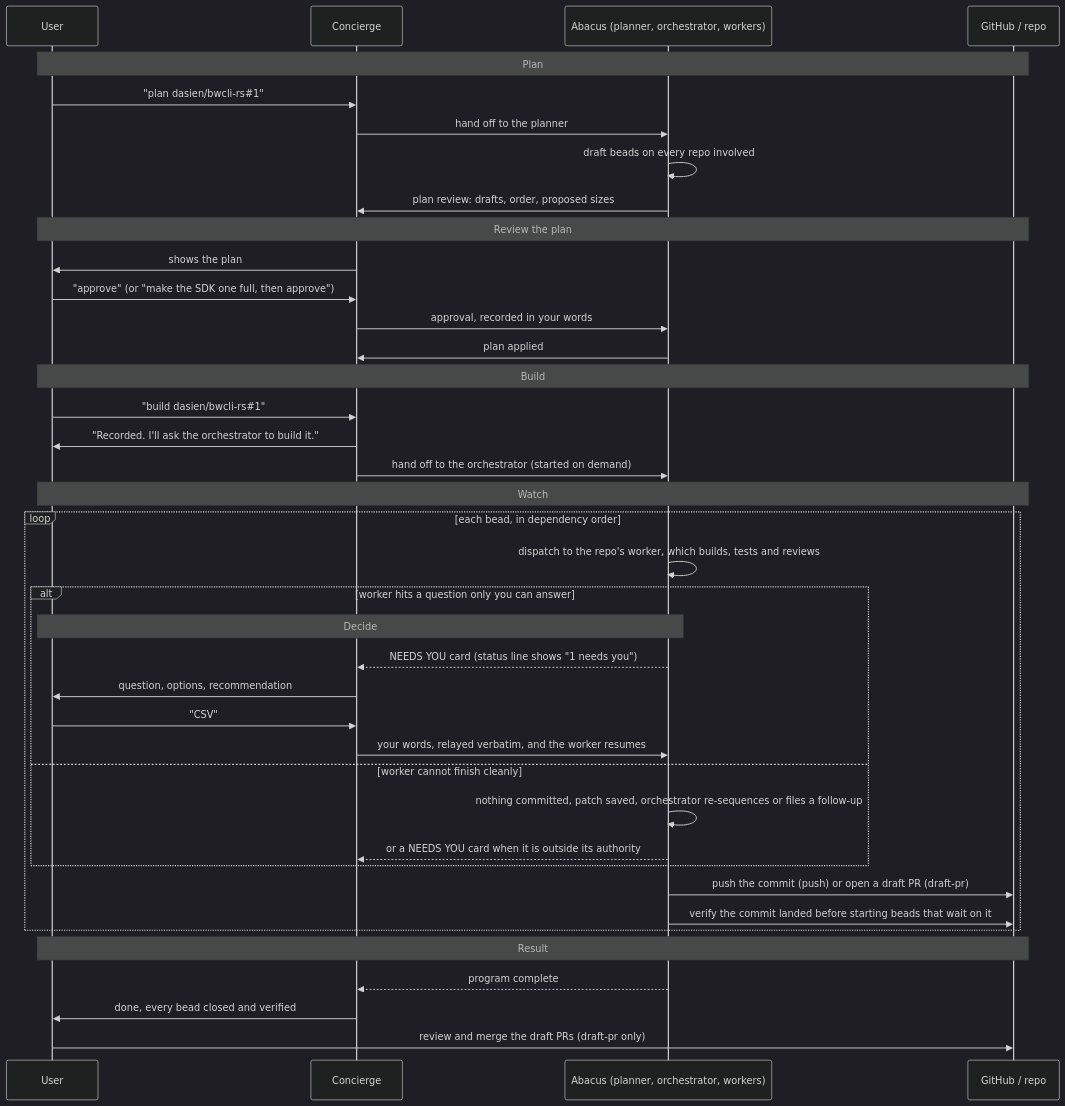
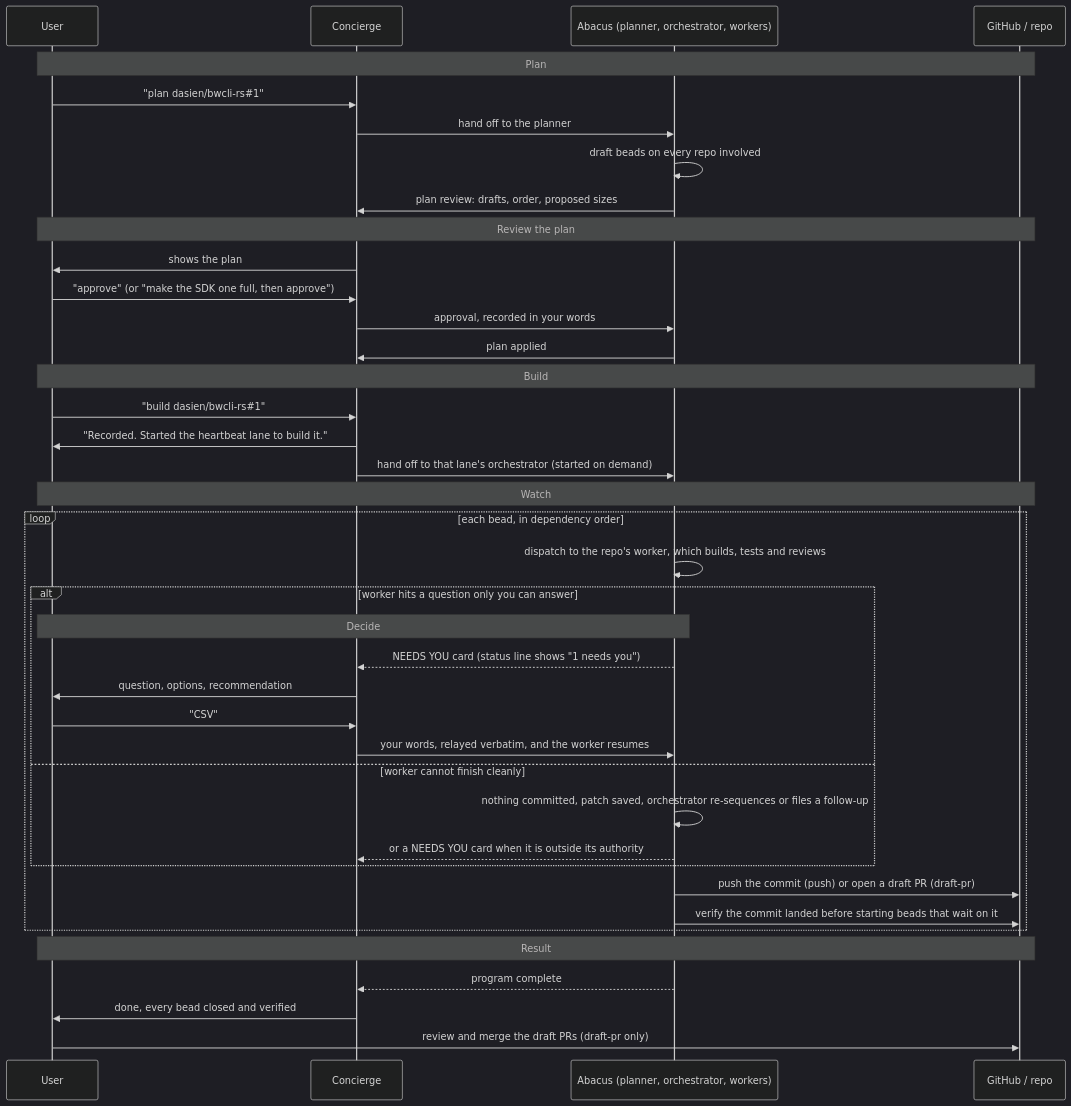
One commit to dasien/abacus changed the second of 2 diagrams in docs/END-TO-END.md. Above: the diagram before and after it, drawn with Mermaid (dark theme). The commit also changed other lines of this file and 1 other file, not shown here.

Commit message:
docs: link the end-to-end guide and draft-PR landing; lanes in the guide

````diff
--- a/docs/END-TO-END.md
+++ b/docs/END-TO-END.md
@@ -32,41 +32,41 @@
 ```mermaid
 sequenceDiagram
     participant U as User
     participant C as Concierge
     participant A as Abacus (planner, orchestrator, workers)
     participant G as GitHub / repo
     Note over U,G: Plan
     U->>C: "plan dasien/bwcli-rs#35;1"
     C->>A: hand off to the planner
     A->>A: draft beads on every repo involved
     A->>C: plan review: drafts, order, proposed sizes
     Note over U,G: Review the plan
     C->>U: shows the plan
     U->>C: "approve" (or "make the SDK one full, then approve")
     C->>A: approval, recorded in your words
     A->>C: plan applied
     Note over U,G: Build
     U->>C: "build dasien/bwcli-rs#35;1"
-    C->>U: "Recorded. I'll ask the orchestrator to build it."
-    C->>A: hand off to the orchestrator (started on demand)
+    C->>U: "Recorded. Started the heartbeat lane to build it."
+    C->>A: hand off to that lane's orchestrator (started on demand)
     Note over U,G: Watch
     loop each bead, in dependency order
         A->>A: dispatch to the repo's worker, which builds, tests and reviews
         alt worker hits a question only you can answer
             Note over U,A: Decide
             A-->>C: NEEDS YOU card (status line shows "1 needs you")
             C->>U: question, options, recommendation
             U->>C: "CSV"
             C->>A: your words, relayed verbatim, and the worker resumes
         else worker cannot finish cleanly
             A->>A: nothing committed, patch saved, orchestrator re-sequences or files a follow-up
             A-->>C: or a NEEDS YOU card when it is outside its authority
         end
         A->>G: push the commit (push) or open a draft PR (draft-pr)
         A->>G: verify the commit landed before starting beads that wait on it
     end
     Note over U,G: Result
     A-->>C: program complete
     C->>U: done, every bead closed and verified
     U->>G: review and merge the draft PRs (draft-pr only)
 ```
````
